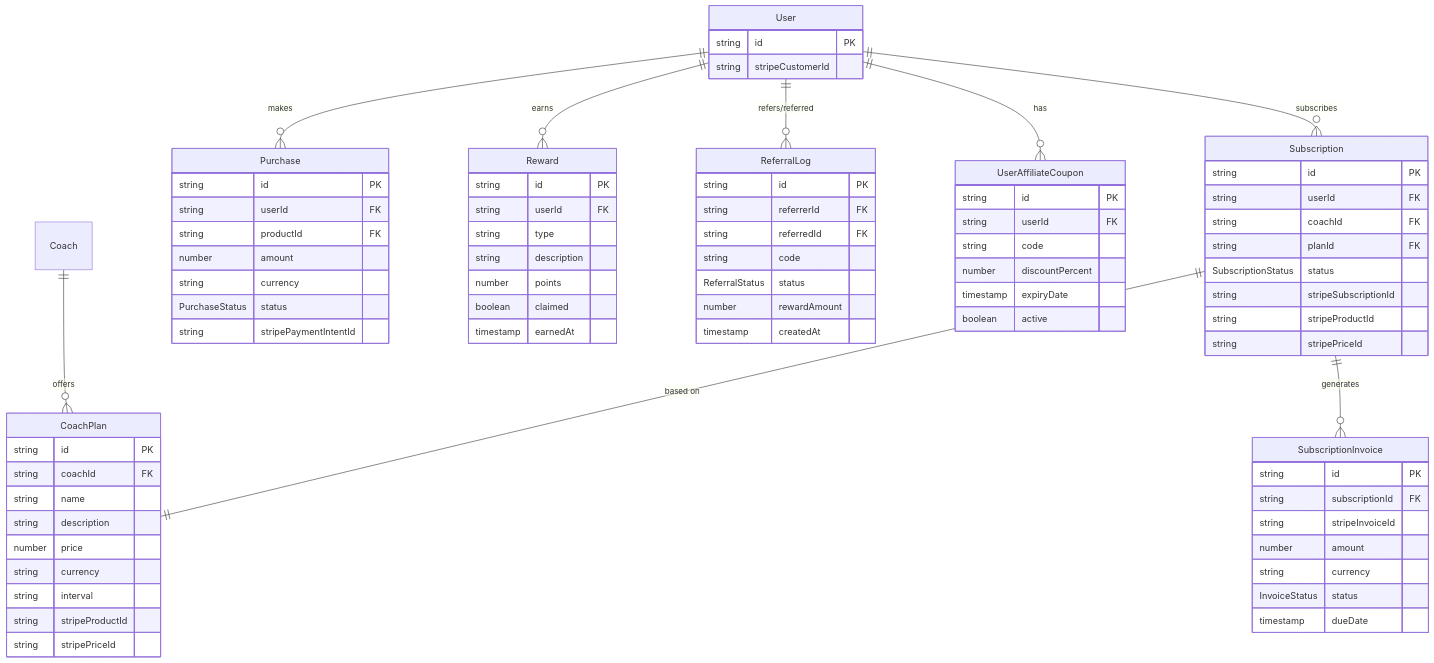
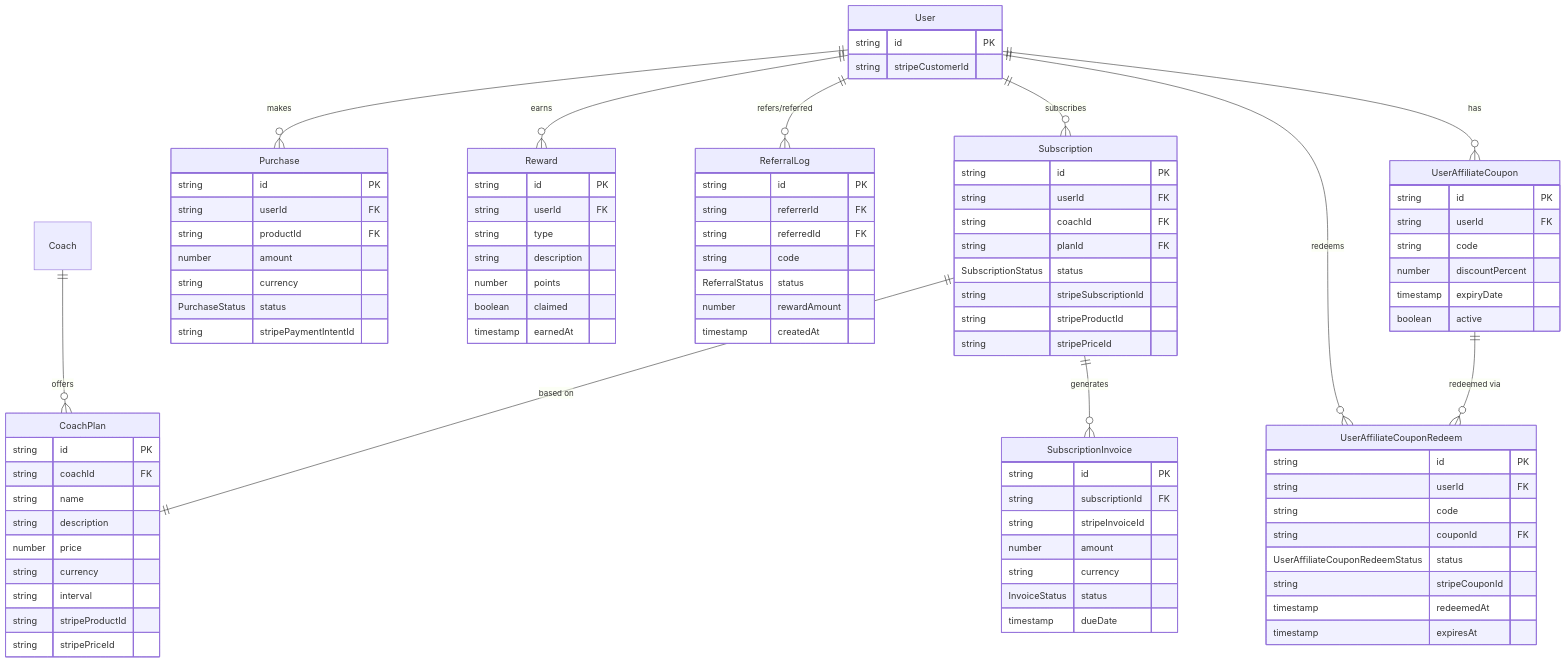
The third of 5 diagrams in entity-graph.md (TruffleTechKK/sample-ekiden-ai-access), drawn with Mermaid before and after one commit. The commit also changed other lines of this file and 20 other files, not shown here.

````diff
--- a/entity-graph.md
+++ b/entity-graph.md
@@ -273,15 +381,29 @@
         boolean active
     }
 
+    UserAffiliateCouponRedeem {
+        string id PK
+        string userId FK
+        string code
+        string couponId FK
+        UserAffiliateCouponRedeemStatus status
+        string stripeCouponId
+        timestamp redeemedAt
+        timestamp expiresAt
+    }
+
     %% Relationships
     User ||--o{ Subscription : "subscribes"
     User ||--o{ Purchase : "makes"
     User ||--o{ Reward : "earns"
     User ||--o{ ReferralLog : "refers/referred"
     User ||--o{ UserAffiliateCoupon : "has"
+    User ||--o{ UserAffiliateCouponRedeem : "redeems"
 
     Coach ||--o{ CoachPlan : "offers"
 
     Subscription ||--|| CoachPlan : "based on"
     Subscription ||--o{ SubscriptionInvoice : "generates"
+
+    UserAffiliateCoupon ||--o{ UserAffiliateCouponRedeem : "redeemed via"
 ```
````
